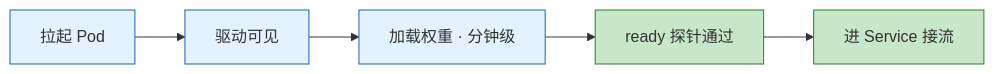
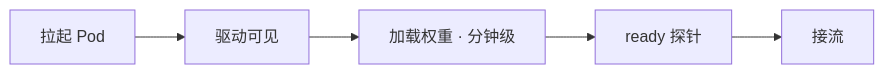
The fourth of 5 diagrams in 09-AI与智能运维/08-GPU与推理服务运维/知识点.md (ml-cuizijun/LearnToLilith), drawn with Mermaid before and after one commit. The commit also changed other lines of this file and 107 other files, not shown here.

````diff
--- a/09-AI与智能运维/08-GPU与推理服务运维/知识点.md
+++ b/09-AI与智能运维/08-GPU与推理服务运维/知识点.md
@@ -230,13 +287,4 @@
 ```mermaid
 flowchart LR
-    classDef step fill:#e3f2fd,stroke:#1565c0
-    classDef ok fill:#c8e6c9,stroke:#2e7d32
-
-    A["拉起 Pod"]:::step
-    B["驱动可见"]:::step
-    C["加载权重 · 分钟级"]:::step
-    D["ready 探针通过"]:::ok
-    E["进 Service 接流"]:::ok
-
-    A --> B --> C --> D --> E
+    A["拉起 Pod"] --> B["驱动可见"] --> C["加载权重 · 分钟级"] --> D["ready 探针"] --> E["接流"]
 ```
````
